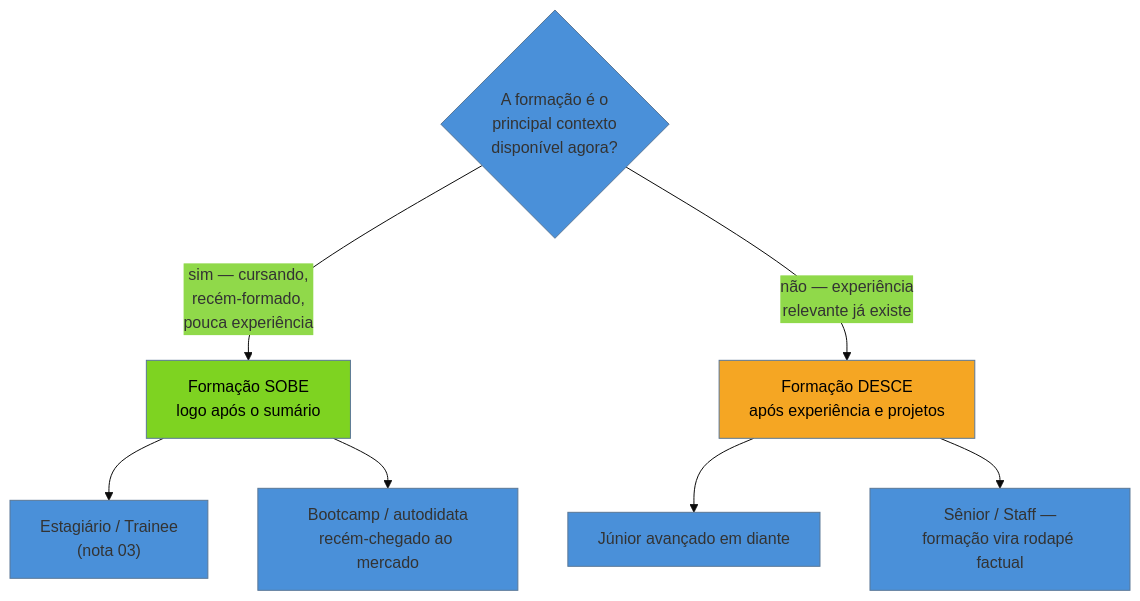
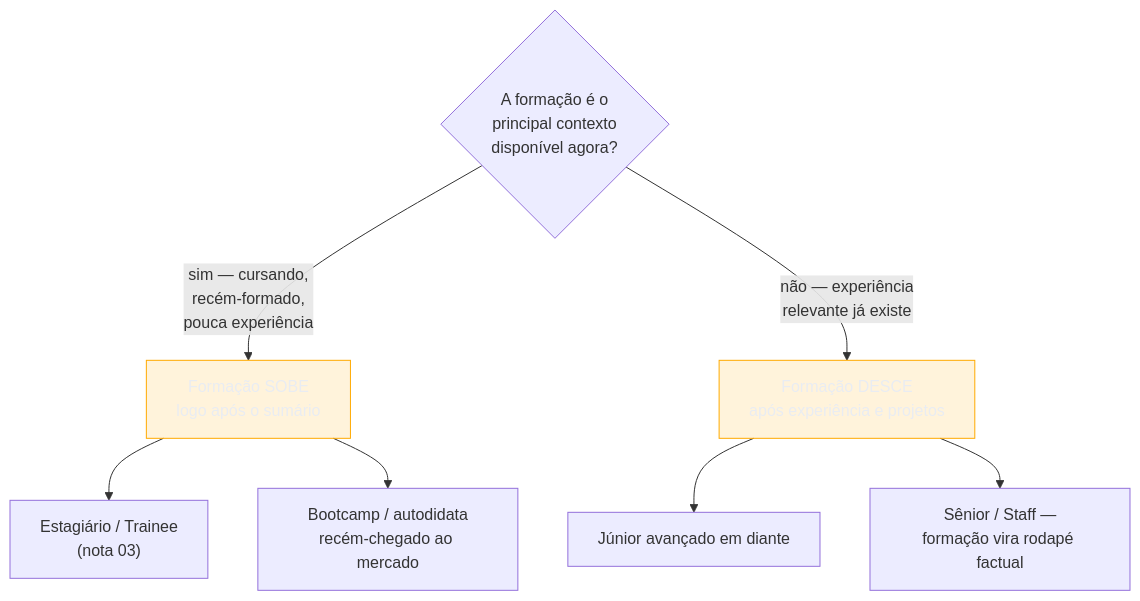
Before and after one commit to josenaldo/codex-technomanticus: the diagram in 03-Dominios/Carreira/Currículo/08 - Formação, cursos e certificações.md, drawn with Mermaid. The commit also changed 1181 other files, not shown here.

First line of the commit message:
fix(diagramas): paleta do sistema no lugar de cor cravada no markdown

````diff
--- a/03-Dominios/Carreira/Currículo/08 - Formação, cursos e certificações.md
+++ b/03-Dominios/Carreira/Currículo/08 - Formação, cursos e certificações.md
@@ -60,15 +60,15 @@
 ```mermaid
-%%{init: {"theme": "base", "themeVariables": {"primaryColor": "#4A90D9"}}}%%
 flowchart TD
+    classDef destaque fill:#FFAA0024,stroke:#FFAA00,color:#E9ECF2
     Q{"A formação é o<br/>principal contexto<br/>disponível agora?"}
     Q -->|"sim — cursando,<br/>recém-formado,<br/>pouca experiência"| Sobe["Formação SOBE<br/>logo após o sumário"]
     Q -->|"não — experiência<br/>relevante já existe"| Desce["Formação DESCE<br/>após experiência e projetos"]
 
     Sobe --> S1["Estagiário / Trainee<br/>(nota 03)"]
     Sobe --> S2["Bootcamp / autodidata<br/>recém-chegado ao mercado"]
     Desce --> D1["Júnior avançado em diante"]
     Desce --> D2["Sênior / Staff —<br/>formação vira rodapé factual"]
 
-    style Sobe fill:#7ED321,color:#000
-    style Desce fill:#F5A623,color:#000
+    class Sobe destaque
+    class Desce destaque
 ```
````
